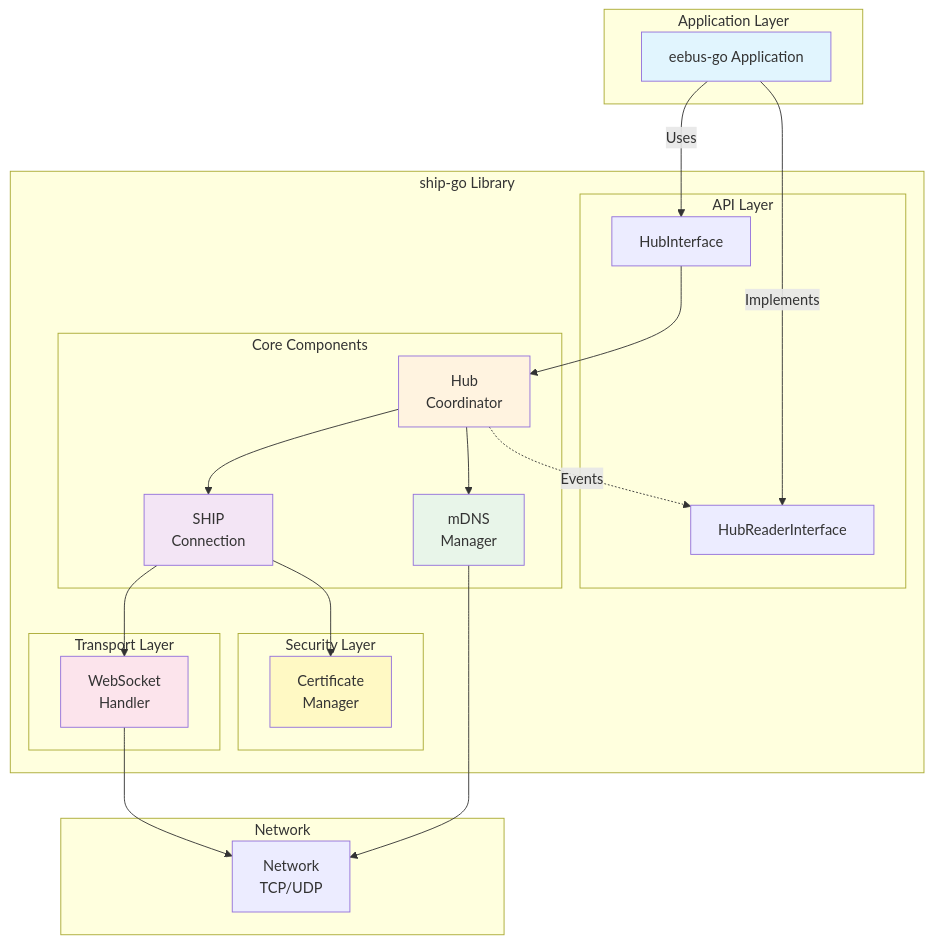
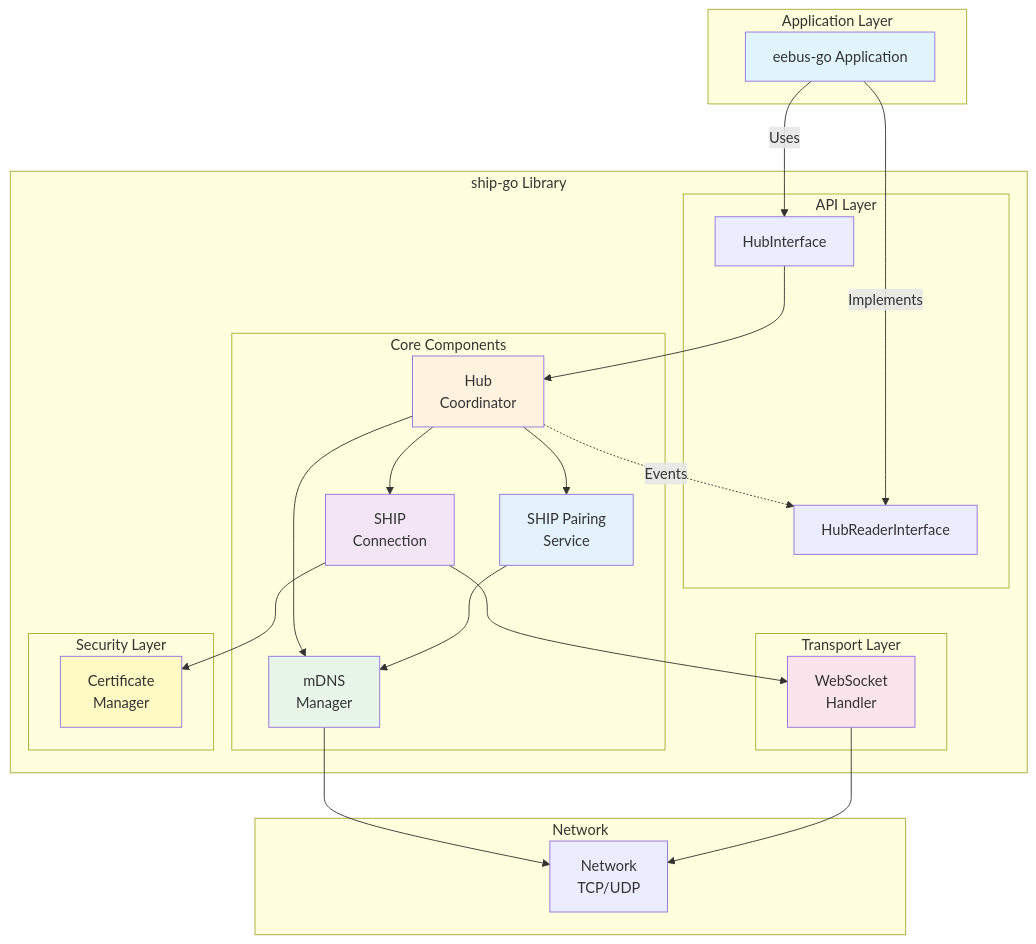
One commit to enbility/ship-go changed the first of 15 diagrams in ARCHITECTURE.md. Above: the diagram before and after it, drawn with Mermaid. The commit also changed other lines of this file and 88 other files, not shown here.

First line of the commit message:
✨ feat: implement SHIP Pairing Service

````diff
--- a/ARCHITECTURE.md
+++ b/ARCHITECTURE.md
@@ -24,49 +27,53 @@
 ```mermaid
 graph TB
     subgraph "Application Layer"
         APP[eebus-go Application]
     end
     
     subgraph "ship-go Library"
         subgraph "API Layer"
             HI[HubInterface]
             HRI[HubReaderInterface]
         end
         
         subgraph "Core Components"
             HUB[Hub<br/>Coordinator]
             SHIP[SHIP<br/>Connection]
             MDNS[mDNS<br/>Manager]
+            PAIR[SHIP Pairing<br/>Service]
         end
         
         subgraph "Transport Layer"
             WS[WebSocket<br/>Handler]
         end
         
         subgraph "Security Layer"
             CERT[Certificate<br/>Manager]
         end
     end
     
     subgraph "Network"
         NET[Network<br/>TCP/UDP]
     end
     
     APP -->|Uses| HI
     APP -->|Implements| HRI
     HI --> HUB
     HUB --> SHIP
     HUB --> MDNS
+    HUB --> PAIR
     HUB -.->|Events| HRI
+    PAIR --> MDNS
     SHIP --> WS
     SHIP --> CERT
     MDNS --> NET
     WS --> NET
     
     style APP fill:#e1f5fe
     style HUB fill:#fff3e0
     style SHIP fill:#f3e5f5
     style MDNS fill:#e8f5e9
+    style PAIR fill:#e3f2fd
     style WS fill:#fce4ec
     style CERT fill:#fff9c4
 ```
````
